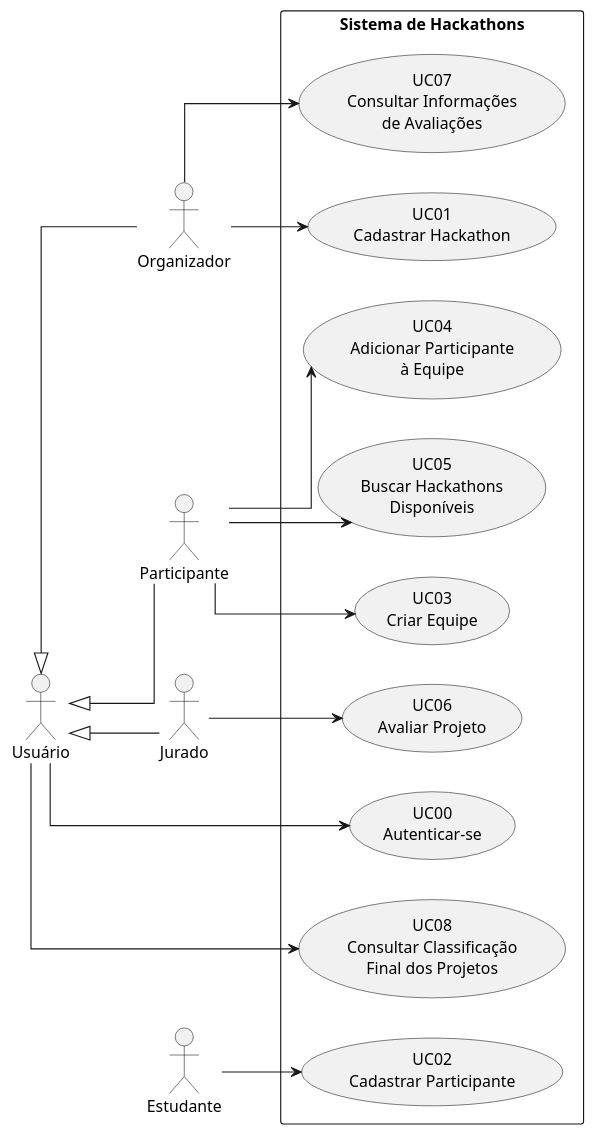
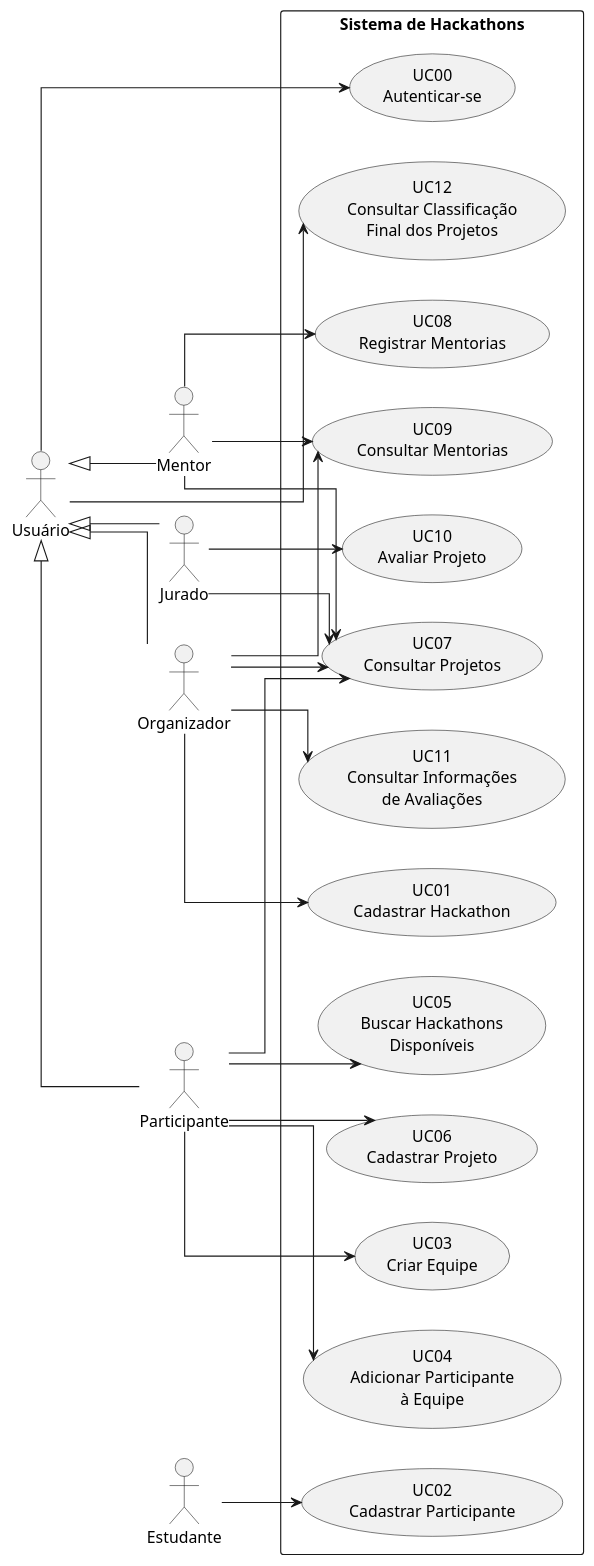
Before and after one commit to papatrock/es-hackathon: the diagram in diagramas/caso-de-uso/UC01_cadastrar-hackaton.puml, drawn with PlantUML. The commit also changed 1 other file, not shown here.

```diff
--- a/diagramas/caso-de-uso/UC01_cadastrar-hackaton.puml
+++ b/diagramas/caso-de-uso/UC01_cadastrar-hackaton.puml
@@ -1,44 +1,61 @@
 @startuml Diagrama de Casos de Uso
 
 left to right direction
 skinparam packageStyle rectangle
 skinparam linetype ortho
 
 actor "Usuário" as Usuario
 actor Organizador
 actor Participante
 actor Jurado
 actor Estudante
+actor Mentor
 
 Organizador -up-|> Usuario
 Participante -up-|> Usuario
 Jurado -up-|> Usuario
+Mentor -up-|> Usuario
 
 rectangle "Sistema de Hackathons" {
     usecase "UC00\nAutenticar-se" as Login
 
     usecase "UC01\nCadastrar Hackathon" as UC01
     usecase "UC02\nCadastrar Participante" as UC02
     usecase "UC03\nCriar Equipe" as UC03
     usecase "UC04\nAdicionar Participante\nà Equipe" as UC04
     usecase "UC05\nBuscar Hackathons\nDisponíveis" as UC05
 
-    usecase "UC06\nAvaliar Projeto" as UC06
-    usecase "UC07\nConsultar Informações\nde Avaliações" as UC07
-    usecase "UC08\nConsultar Classificação\nFinal dos Projetos" as UC08
+    usecase "UC06\nCadastrar Projeto" as UC06
+    usecase "UC07\nConsultar Projetos" as UC07
+    usecase "UC08\nRegistrar Mentorias" as UC08
+    usecase "UC09\nConsultar Mentorias" as UC09
+
+    usecase "UC10\nAvaliar Projeto" as UC10
+    usecase "UC11\nConsultar Informações\nde Avaliações" as UC11
+    usecase "UC12\nConsultar Classificação\nFinal dos Projetos" as UC12
 }
 
 Usuario --> Login
-Usuario --> UC08
+Usuario --> UC12
 
 Organizador --> UC01
+Organizador --> UC11
 Organizador --> UC07
+Organizador --> UC09
 
 Estudante --> UC02
 Participante --> UC03
 Participante --> UC04
 Participante --> UC05
+Participante --> UC07
+Participante --> UC06
 
-Jurado --> UC06
+Jurado --> UC10
+Jurado --> UC07
+
+Mentor --> UC07
+Mentor --> UC08
+Mentor --> UC09
+
 
 @enduml
```
